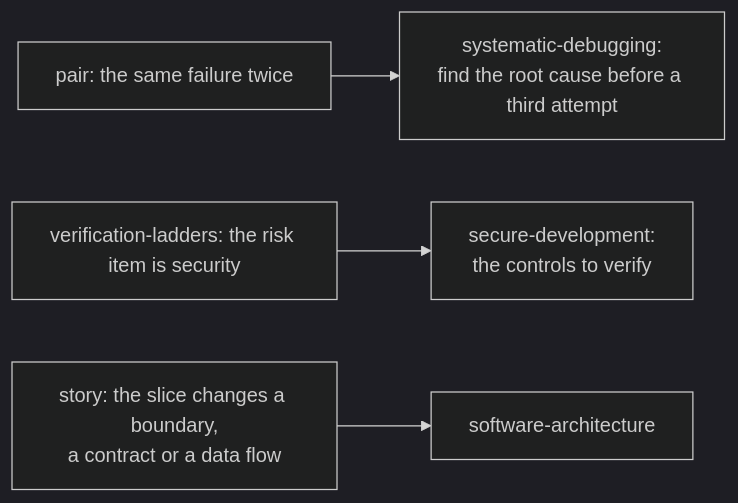
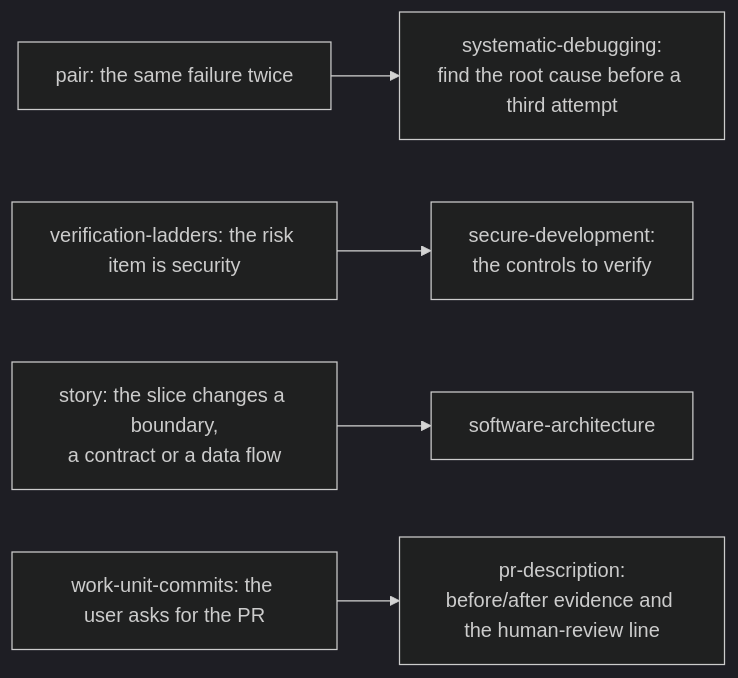
The third of 7 diagrams in docs/methodology.md (sacuadros/agent-harness), drawn with Mermaid (dark theme) before and after one commit. The commit also changed other lines of this file and 9 other files, not shown here.

````diff
--- a/docs/methodology.md
+++ b/docs/methodology.md
@@ -90,6 +90,7 @@
 ```mermaid
 flowchart LR
     P[pair: the same failure twice] --> D[systematic-debugging:<br/>find the root cause before a third attempt]
     V[verification-ladders: the risk item is security] --> S[secure-development:<br/>the controls to verify]
     T[story: the slice changes a boundary,<br/>a contract or a data flow] --> A[software-architecture]
+    W[work-unit-commits: the user asks for the PR] --> R[pr-description:<br/>before/after evidence and the human-review line]
 ```
````
